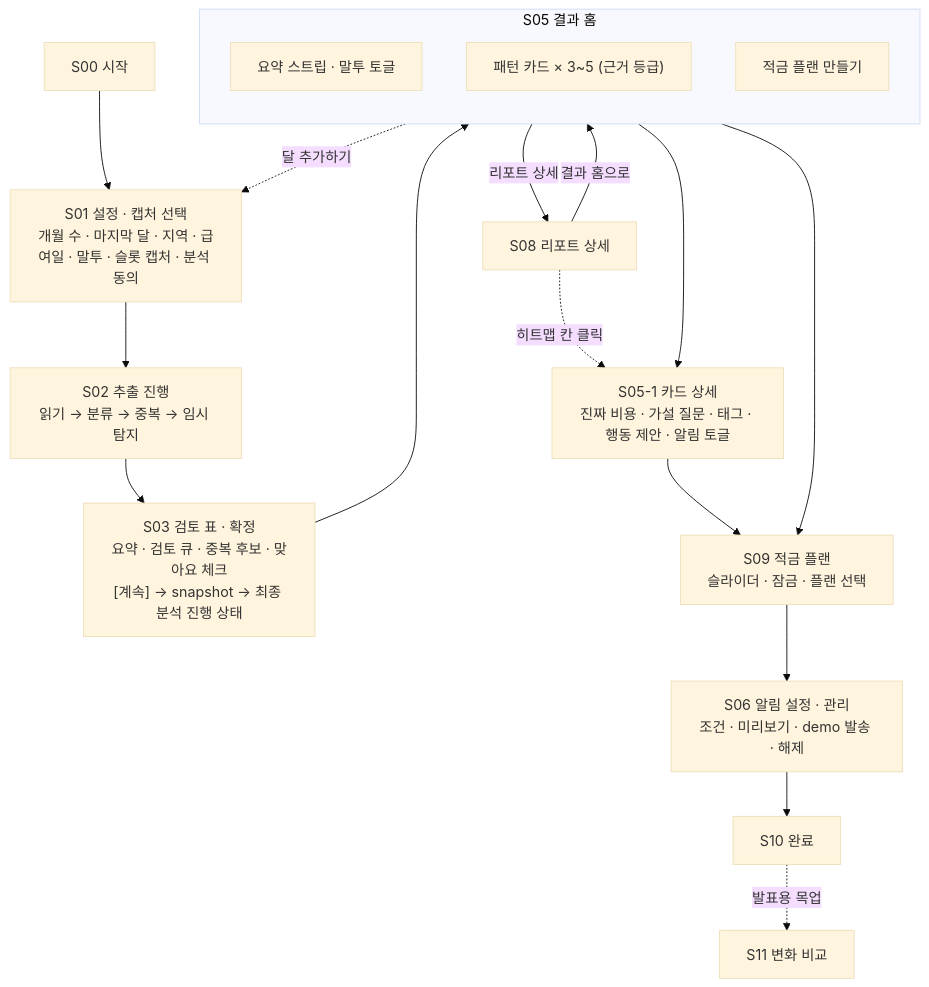
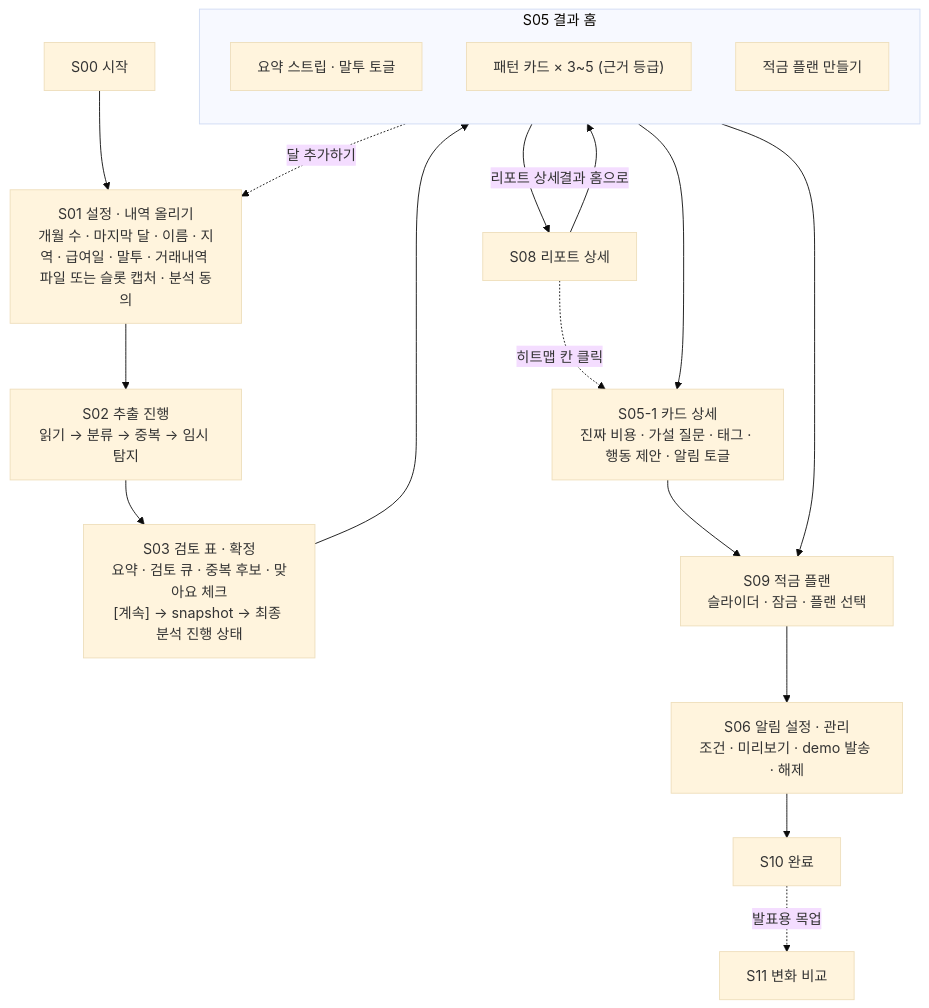
Before and after one commit to Line1-Hack-Team12/Team12_consume_FE: the first of 2 diagrams in UserFlow.md, drawn with Mermaid (base theme). The commit also changed other lines of this file and 3 other files, not shown here.

````diff
--- a/UserFlow.md
+++ b/UserFlow.md
@@ -16,26 +16,26 @@
 ```mermaid
 flowchart TD
-    S00["S00 시작"] --> S01["S01 설정 · 캡처 선택<br/>개월 수 · 마지막 달 · 지역 · 급여일 · 말투 · 슬롯 캡처 · 분석 동의"]
+    S00["S00 시작"] --> S01["S01 설정 · 내역 올리기<br/>개월 수 · 마지막 달 · 이름 · 지역 · 급여일 · 말투 · 거래내역 파일 또는 슬롯 캡처 · 분석 동의"]
     S01 --> S02["S02 추출 진행<br/>읽기 → 분류 → 중복 → 임시 탐지"]
     S02 --> S03["S03 검토 표 · 확정<br/>요약 · 검토 큐 · 중복 후보 · 맞아요 체크<br/>[계속] → snapshot → 최종 분석 진행 상태"]
     S03 --> S05
 
     subgraph S05["S05 결과 홈"]
         direction TB
         STRIP["요약 스트립 · 말투 토글"]
         CARDS["패턴 카드 × 3~5 (근거 등급)"]
         PLANBTN["적금 플랜 만들기"]
     end
 
     STRIP -- 리포트 상세 --> S08["S08 리포트 상세"]
     S08 -- 결과 홈으로 --> S05
     S08 -. 히트맵 칸 클릭 .-> S05D
     CARDS --> S05D["S05-1 카드 상세<br/>진짜 비용 · 가설 질문 · 태그 · 행동 제안 · 알림 토글"]
     CARDS -. 달 추가하기 .-> S01
     PLANBTN --> S09["S09 적금 플랜<br/>슬라이더 · 잠금 · 플랜 선택"]
     S05D --> S09
     S09 --> S06["S06 알림 설정 · 관리<br/>조건 · 미리보기 · demo 발송 · 해제"]
     S06 --> S10["S10 완료"]
 
     S10 -. 발표용 목업 .-> S11["S11 변화 비교"]
 ```
````
